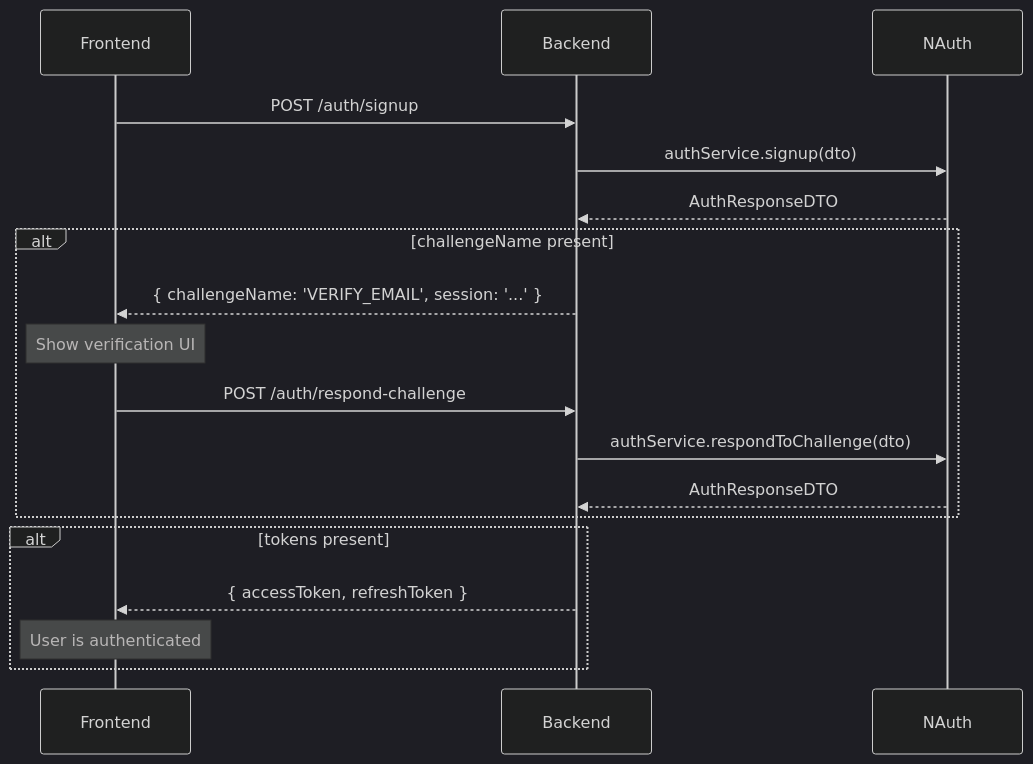
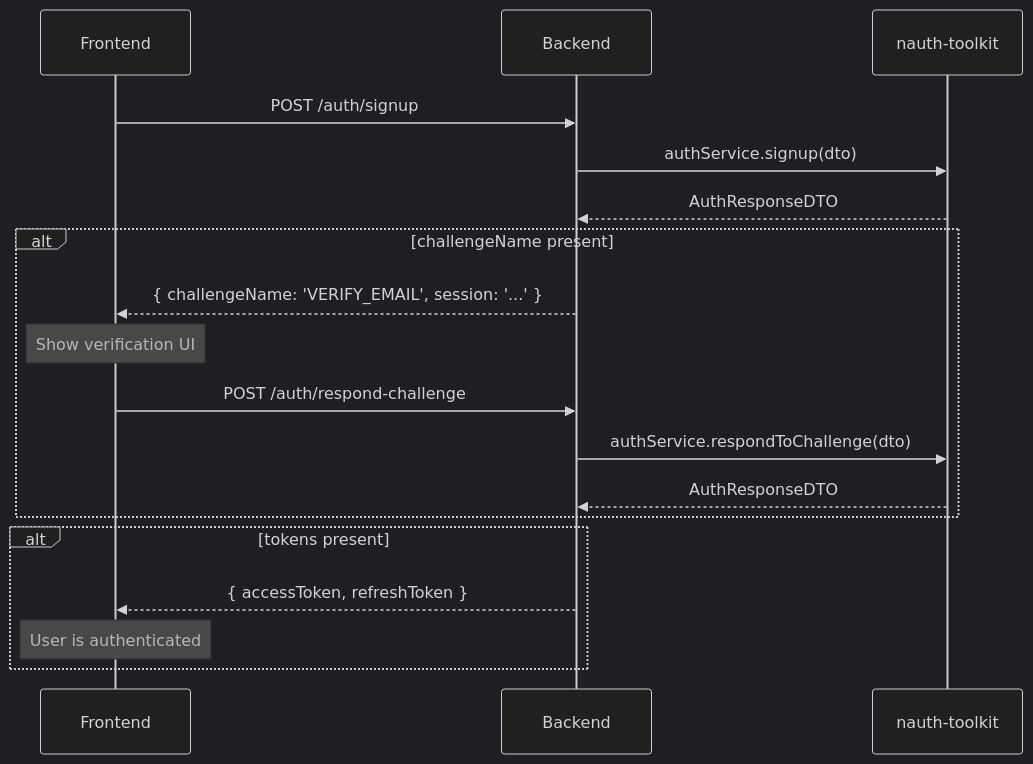
The diagram in nauth-docs/docs/guides/basic-auth.md (noorixorg/nauth-toolkit), drawn with Mermaid (dark theme) before and after one commit. The commit also changed 60 other files, not shown here.

````diff
--- a/nauth-docs/docs/guides/basic-auth.md
+++ b/nauth-docs/docs/guides/basic-auth.md
@@ -68,23 +68,23 @@
 ```mermaid
 sequenceDiagram
     participant Frontend
     participant Backend
-    participant NAuth
+    participant NAuth as nauth-toolkit
 
     Frontend->>Backend: POST /auth/signup
     Backend->>NAuth: authService.signup(dto)
     NAuth-->>Backend: AuthResponseDTO
 
     alt challengeName present
         Backend-->>Frontend: { challengeName: 'VERIFY_EMAIL', session: '...' }
         Note over Frontend: Show verification UI
         Frontend->>Backend: POST /auth/respond-challenge
         Backend->>NAuth: authService.respondToChallenge(dto)
         NAuth-->>Backend: AuthResponseDTO
     end
 
     alt tokens present
         Backend-->>Frontend: { accessToken, refreshToken }
         Note over Frontend: User is authenticated
     end
 ```
````
